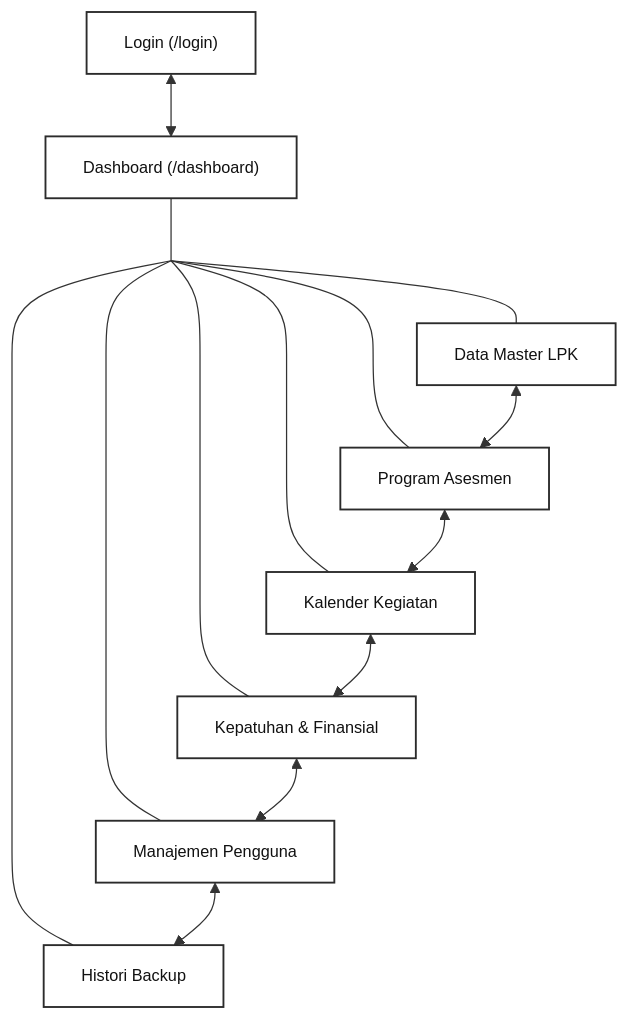
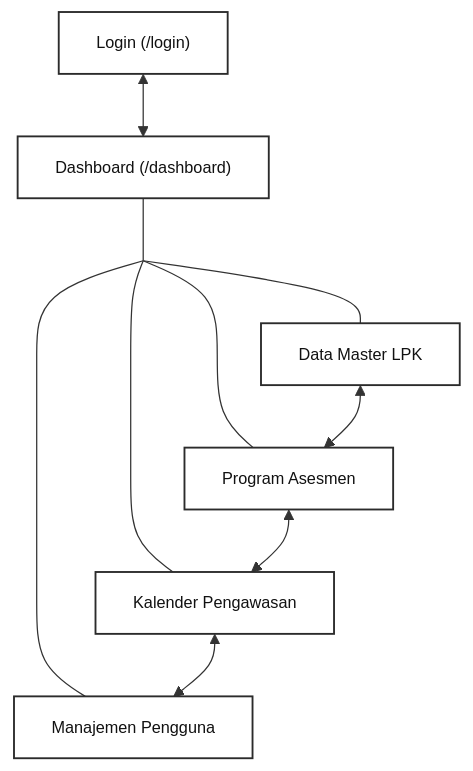
One commit to greedykid/prototype-magang changed the first of 9 diagrams in docs/04-tahap-perancangan.md. Above: the diagram before and after it, drawn with Mermaid. The commit also changed other lines of this file and 3 other files, not shown here.

Commit message:
docs: bersihkan diagram navigasi, use case, dan naskah dari fitur warisan

````diff
--- a/docs/04-tahap-perancangan.md
+++ b/docs/04-tahap-perancangan.md
@@ -14,25 +14,21 @@
 ```mermaid
 graph TD
     UserLogin["Login (/login)"] <--> Dashboard["Dashboard (/dashboard)"]
 
     Dashboard --- BusTrunk[" "]
     style BusTrunk width:0px,height:0px,stroke:none,fill:none
 
     BusTrunk --- M1["Data Master LPK"]
     BusTrunk --- M2["Program Asesmen"]
-    BusTrunk --- M3["Kalender Kegiatan"]
-    BusTrunk --- M4["Kepatuhan & Finansial"]
-    BusTrunk --- M5["Manajemen Pengguna"]
-    BusTrunk --- M6["Histori Backup"]
+    BusTrunk --- M3["Kalender Pengawasan"]
+    BusTrunk --- M4["Manajemen Pengguna"]
 
     M1 <--> M2
     M2 <--> M3
     M3 <--> M4
-    M4 <--> M5
-    M5 <--> M6
 
     classDef navBox fill:#ffffff,stroke:#2b2b2b,stroke-width:1.5px,color:#111111,font-size:13px;
     classDef invisibleTrunk fill:none,stroke:none;
-    class UserLogin,Dashboard,M1,M2,M3,M4,M5,M6 navBox;
+    class UserLogin,Dashboard,M1,M2,M3,M4 navBox;
     class BusTrunk invisibleTrunk;
 ```
````
